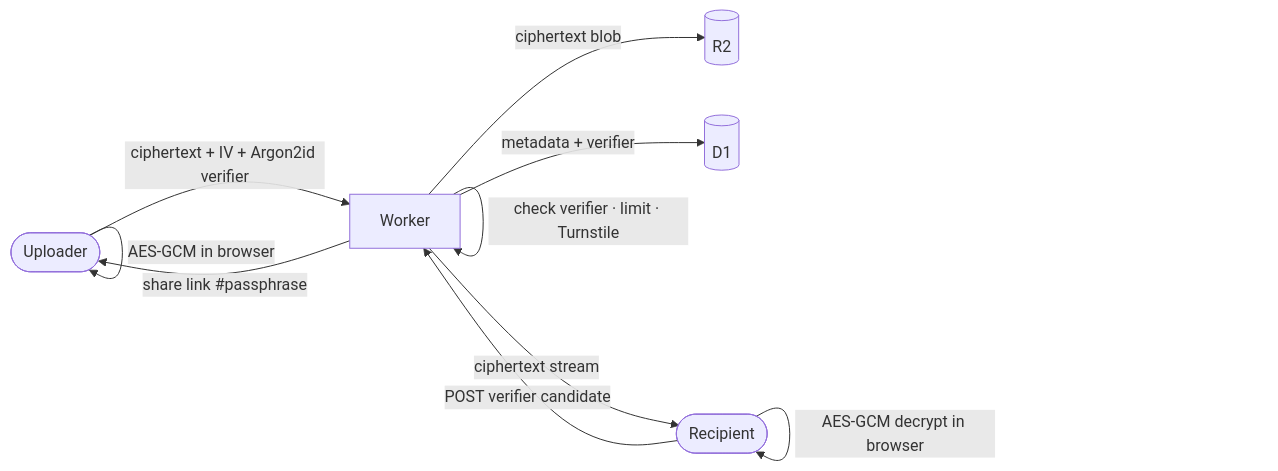
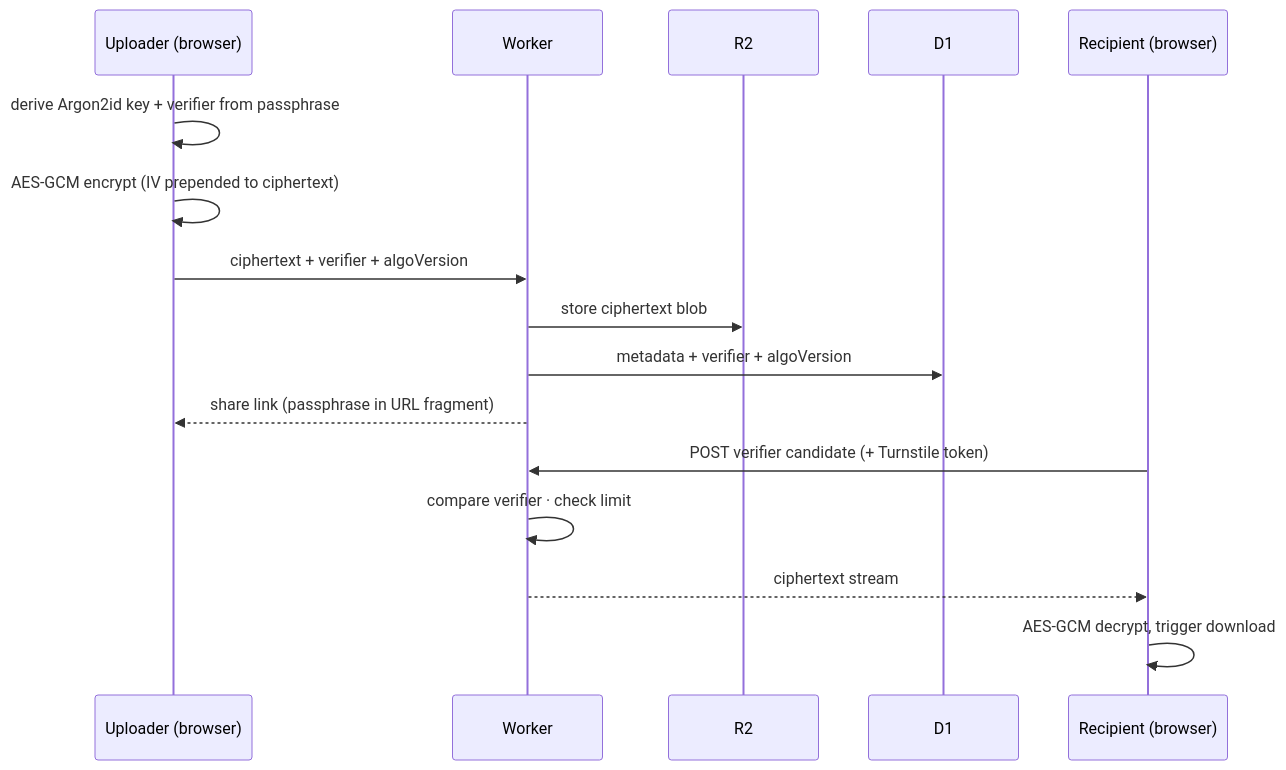
One commit to maciekaz/Edge-Secrets changed the fourth of 5 diagrams in README.md. Above: the diagram before and after it, drawn with Mermaid. The commit also changed other lines of this file, not shown here.

First line of the commit message:
docs: fix broken mermaid diagrams (literal \n, self-loops)

````diff
--- a/README.md
+++ b/README.md
@@ -176,13 +183,20 @@
 ```mermaid
-flowchart LR
-    U([Uploader]) -->|AES-GCM in browser| U
-    U -->|ciphertext + IV + Argon2id verifier| W[Worker]
-    W -->|ciphertext blob| R2[(R2)]
-    W -->|metadata + verifier| D1[(D1)]
-    W -->|share link #passphrase| U
+sequenceDiagram
+    participant U as Uploader (browser)
+    participant W as Worker
+    participant R2 as R2
+    participant D1 as D1
+    participant R as Recipient (browser)
 
-    R([Recipient]) -->|POST verifier candidate| W
-    W -->|check verifier · limit · Turnstile| W
-    W -->|ciphertext stream| R
-    R -->|AES-GCM decrypt in browser| R
+    U->>U: derive Argon2id key + verifier from passphrase
+    U->>U: AES-GCM encrypt (IV prepended to ciphertext)
+    U->>W: ciphertext + verifier + algoVersion
+    W->>R2: store ciphertext blob
+    W->>D1: metadata + verifier + algoVersion
+    W-->>U: share link (passphrase in URL fragment)
+
+    R->>W: POST verifier candidate (+ Turnstile token)
+    W->>W: compare verifier · check limit
+    W-->>R: ciphertext stream
+    R->>R: AES-GCM decrypt, trigger download
 ```
````
